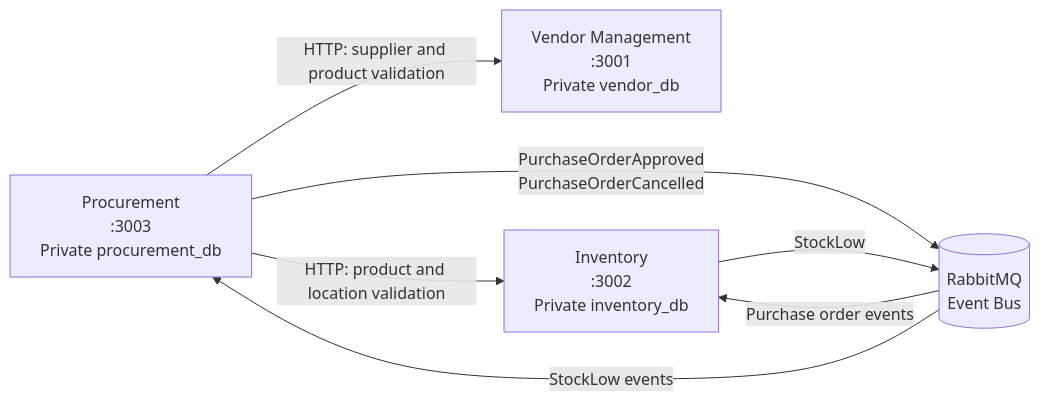
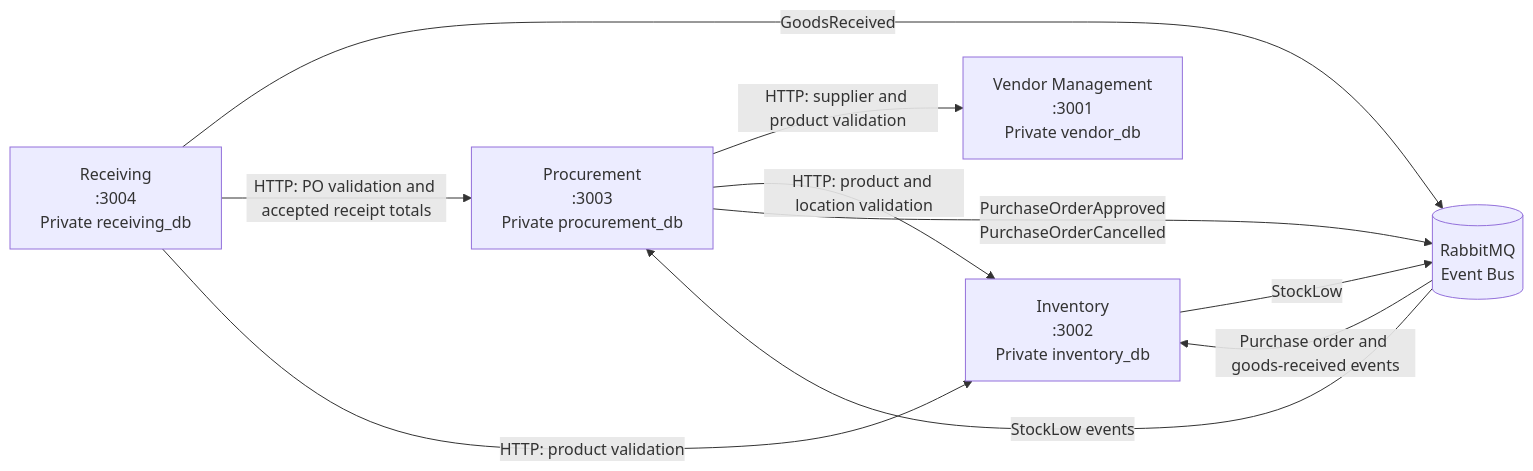
Before and after one commit to ochiengvincent-tech/merchandise-management-system: the diagram in README.md, drawn with Mermaid. The commit also changed other lines of this file and 81 other files, not shown here.

````diff
--- a/README.md
+++ b/README.md
@@ -15,14 +15,18 @@
 ```mermaid
 flowchart LR
     VM[Vendor Management\n:3001\nPrivate vendor_db]
     PR[Procurement\n:3003\nPrivate procurement_db]
     IN[Inventory\n:3002\nPrivate inventory_db]
+    RE[Receiving\n:3004\nPrivate receiving_db]
     MQ[(RabbitMQ\nEvent Bus)]
 
     PR -->|HTTP: supplier and product validation| VM
     PR -->|HTTP: product and location validation| IN
     PR -->|PurchaseOrderApproved\nPurchaseOrderCancelled| MQ
+    RE -->|GoodsReceived| MQ
+    RE -->|HTTP: PO validation and accepted receipt totals| PR
+    RE -->|HTTP: product validation| IN
     IN -->|StockLow| MQ
-    MQ -->|Purchase order events| IN
+    MQ -->|Purchase order and goods-received events| IN
     MQ -->|StockLow events| PR
 ```
````
